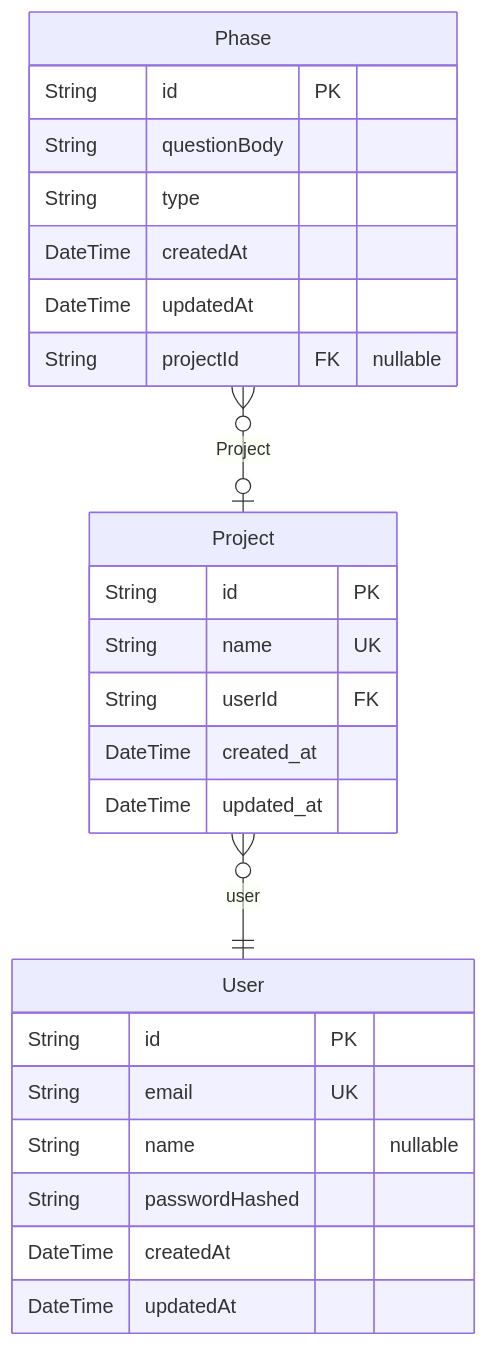
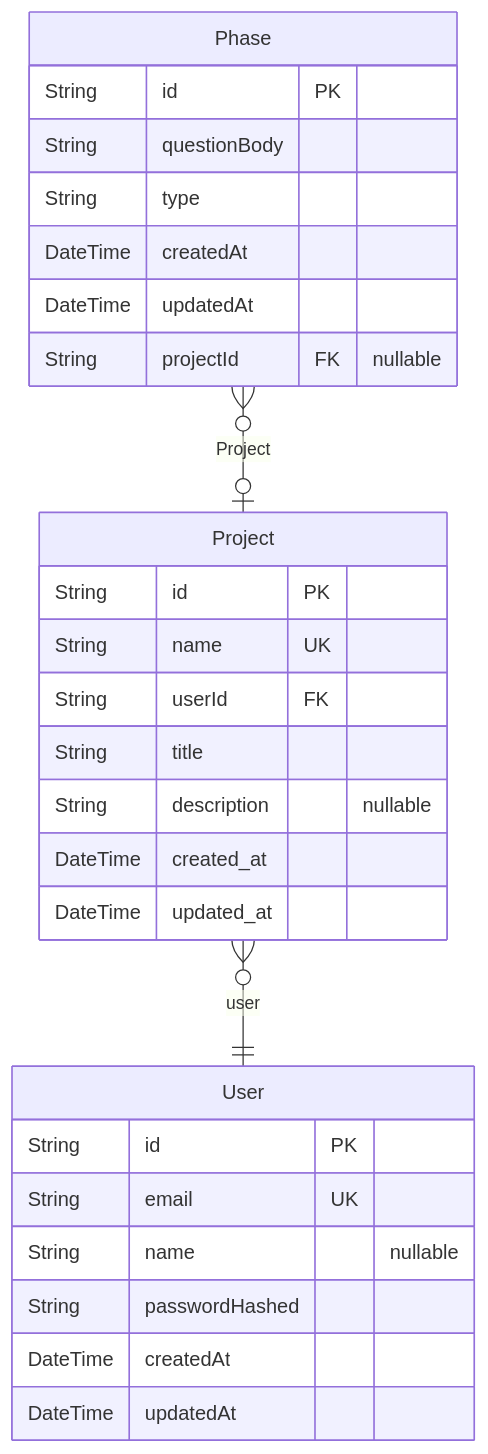
One commit to chuo-ids-iio/pet-backend changed the diagram in docs/ERD.md. Above: the diagram before and after it, drawn with Mermaid. The commit also changed other lines of this file and 1 other file, not shown here.

Commit message:
名付けミス

````diff
--- a/docs/ERD.md
+++ b/docs/ERD.md
@@ -7,28 +7,30 @@
 ```mermaid
 erDiagram
 "User" {
   String id PK
   String email UK
   String name "nullable"
   String passwordHashed
   DateTime createdAt
   DateTime updatedAt
 }
 "Project" {
   String id PK
   String name UK
   String userId FK
+  String title
+  String description "nullable"
   DateTime created_at
   DateTime updated_at
 }
 "Phase" {
   String id PK
   String questionBody
   String type
   DateTime createdAt
   DateTime updatedAt
   String projectId FK "nullable"
 }
 "Project" }o--|| "User" : user
 "Phase" }o--o| "Project" : Project
 ```
````
